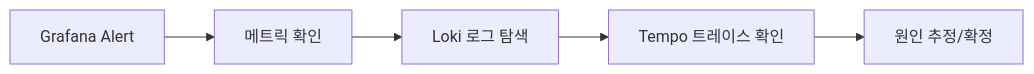
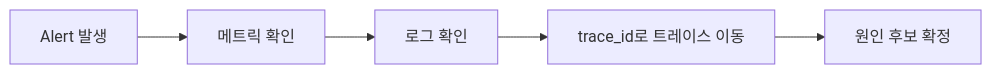
One commit to currenjin/currenjin.github.io changed the third of 3 diagrams in _wiki/grafana-loki-tempo.md. Above: the diagram before and after it, drawn with Mermaid. The commit also changed other lines of this file and 1 other file, not shown here.

Commit message:
Docs: Add Grafana/Loki/Tempo observability guide and index link

````diff
--- a/_wiki/grafana-loki-tempo.md
+++ b/_wiki/grafana-loki-tempo.md
@@ -194,7 +189,7 @@
 ```mermaid
 flowchart LR
-  Alert[Grafana Alert] --> Metric[메트릭 확인]
-  Metric --> Logs[Loki 로그 탐색]
-  Logs --> Trace[Tempo 트레이스 확인]
-  Trace --> Root[원인 추정/확정]
+  Alert[Alert 발생] --> M[메트릭 확인]
+  M --> L[로그 확인]
+  L --> T[trace_id로 트레이스 이동]
+  T --> RCA[원인 후보 확정]
 ```
````
